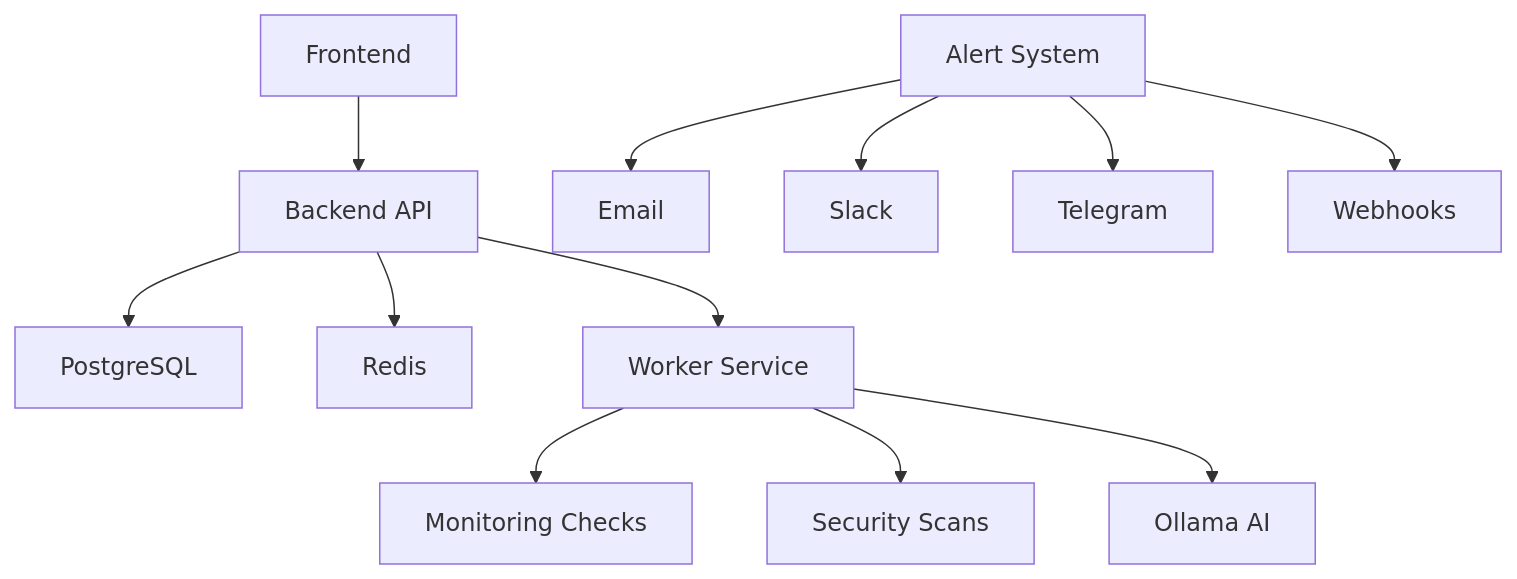
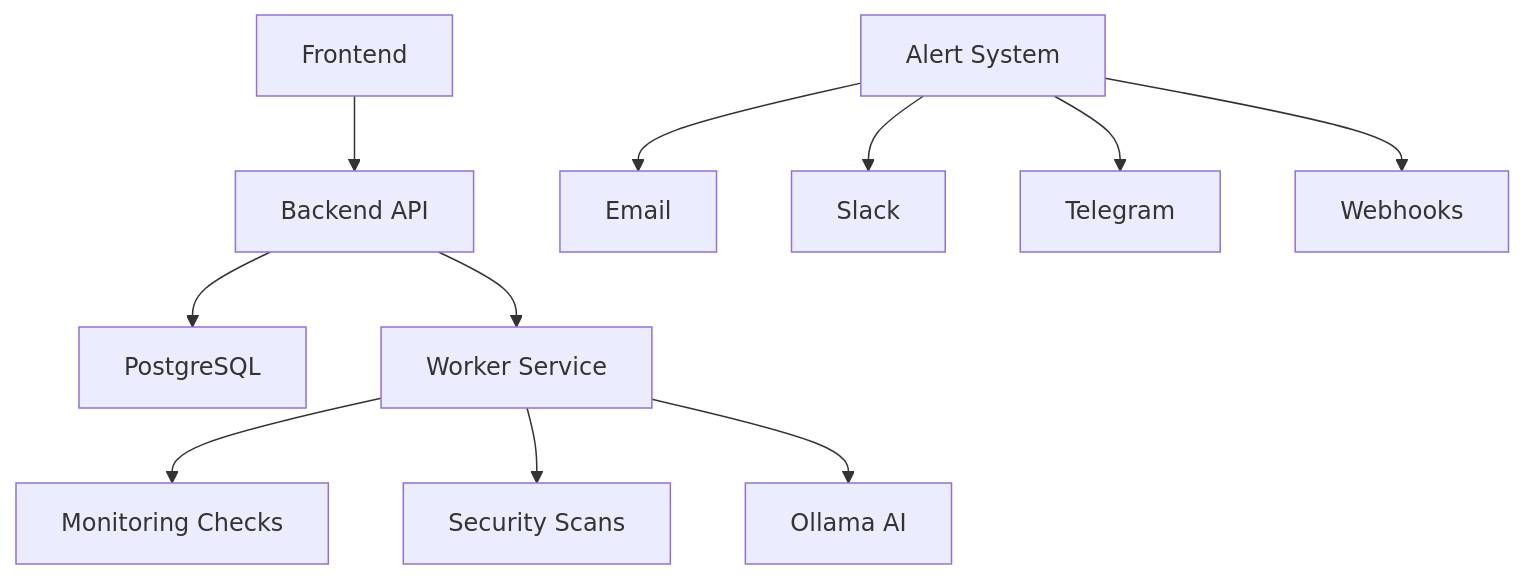
The fourth of 4 diagrams in docs/projects/bitnora-monitoring.md (4gh0rn/dev-blog), drawn with Mermaid before and after one commit. The commit also changed other lines of this file and 2 other files, not shown here.

Commit message:
Refactor 'bitnora-monitoring' documentation to streamline required knowledge and service components. Update skills in 'MySkills' and 'Projects' components to reflect the addition of the 'Monitoring Platform' project, including new skills and improved descriptions for clarity and relevance.

````diff
--- a/docs/projects/bitnora-monitoring.md
+++ b/docs/projects/bitnora-monitoring.md
@@ -193,16 +191,15 @@
 ```mermaid
 graph TB
     A[Frontend] --> B[Backend API]
     B --> C[PostgreSQL]
-    B --> D[Redis]
-    B --> E[Worker Service]
+    B --> D[Worker Service]
     
-    E --> F[Monitoring Checks]
-    E --> G[Security Scans]
-    E --> H[Ollama AI]
+    D --> E[Monitoring Checks]
+    D --> F[Security Scans]
+    D --> G[Ollama AI]
     
-    I[Alert System] --> J[Email]
-    I --> K[Slack]
-    I --> L[Telegram]
-    I --> M[Webhooks]
+    H[Alert System] --> I[Email]
+    H --> J[Slack]
+    H --> K[Telegram]
+    H --> L[Webhooks]
 ```
````
